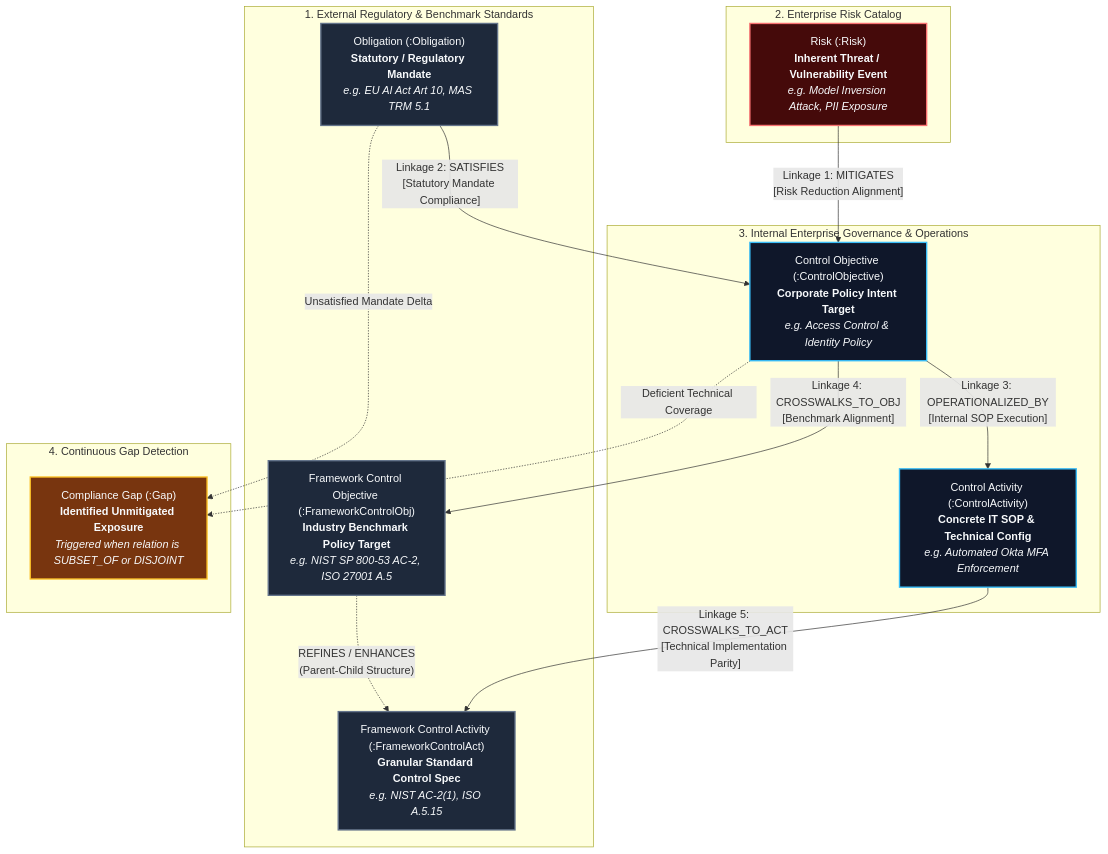
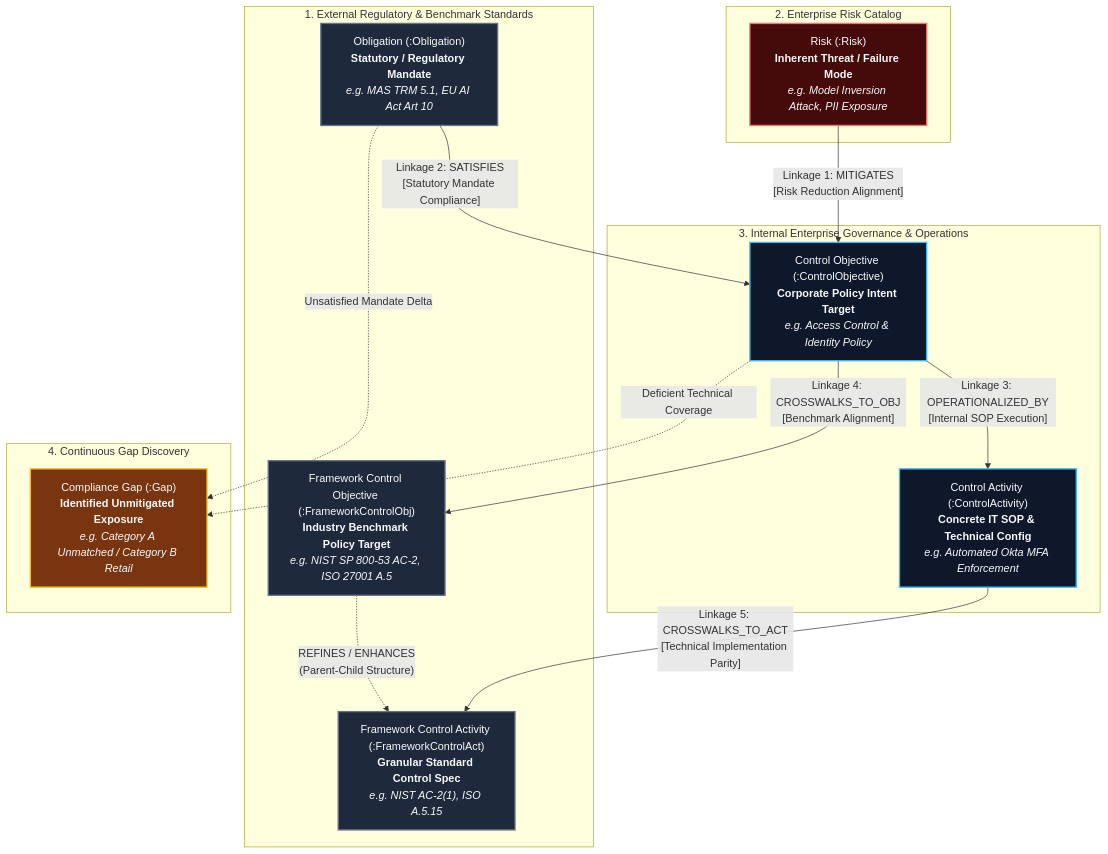
The diagram in docs/00-master/01-business-requirement-doc.md (celestialcrusader/risk-control-kg), drawn with Mermaid before and after one commit. The commit also changed other lines of this file and 241 other files, not shown here.

````diff
--- a/docs/00-master/01-business-requirement-doc.md
+++ b/docs/00-master/01-business-requirement-doc.md
@@ -39,48 +78,48 @@
 ```mermaid
 graph TD
     classDef external fill:#1e293b,stroke:#64748b,stroke-width:2px,color:#f8fafc;
     classDef client fill:#0f172a,stroke:#38bdf8,stroke-width:2px,color:#f8fafc;
     classDef risk fill:#450a0a,stroke:#f87171,stroke-width:2px,color:#f8fafc;
     classDef gap fill:#78350f,stroke:#fbbf24,stroke-width:2px,color:#f8fafc;
 
     subgraph External_Standards ["1. External Regulatory & Benchmark Standards"]
-        OBL["Obligation (:Obligation)<br/><b>Statutory / Regulatory Mandate</b><br/><i>e.g. EU AI Act Art 10, MAS TRM 5.1</i>"]:::external
+        OBL["Obligation (:Obligation)<br/><b>Statutory / Regulatory Mandate</b><br/><i>e.g. MAS TRM 5.1, EU AI Act Art 10</i>"]:::external
         FCO["Framework Control Objective (:FrameworkControlObj)<br/><b>Industry Benchmark Policy Target</b><br/><i>e.g. NIST SP 800-53 AC-2, ISO 27001 A.5</i>"]:::external
         FCA["Framework Control Activity (:FrameworkControlAct)<br/><b>Granular Standard Control Spec</b><br/><i>e.g. NIST AC-2(1), ISO A.5.15</i>"]:::external
     end
 
     subgraph Enterprise_Risk ["2. Enterprise Risk Catalog"]
-        RISK["Risk (:Risk)<br/><b>Inherent Threat / Vulnerability Event</b><br/><i>e.g. Model Inversion Attack, PII Exposure</i>"]:::risk
+        RISK["Risk (:Risk)<br/><b>Inherent Threat / Failure Mode</b><br/><i>e.g. Model Inversion Attack, PII Exposure</i>"]:::risk
     end
 
     subgraph Internal_Governance ["3. Internal Enterprise Governance & Operations"]
         CO["Control Objective (:ControlObjective)<br/><b>Corporate Policy Intent Target</b><br/><i>e.g. Access Control & Identity Policy</i>"]:::client
         CA["Control Activity (:ControlActivity)<br/><b>Concrete IT SOP & Technical Config</b><br/><i>e.g. Automated Okta MFA Enforcement</i>"]:::client
     end
 
-    subgraph Compliance_Gaps ["4. Continuous Gap Detection"]
-        GAP["Compliance Gap (:Gap)<br/><b>Identified Unmitigated Exposure</b><br/><i>Triggered when relation is SUBSET_OF or DISJOINT</i>"]:::gap
+    subgraph Compliance_Gaps ["4. Continuous Gap Discovery"]
+        GAP["Compliance Gap (:Gap)<br/><b>Identified Unmitigated Exposure</b><br/><i>e.g. Category A Unmatched / Category B Retail</i>"]:::gap
     end
 
     %% Linkage 1: Risk -> Control Objective
     RISK -->|"Linkage 1: MITIGATES<br/>[Risk Reduction Alignment]"| CO
 
     %% Linkage 2: Obligation -> Control Objective
     OBL -->|"Linkage 2: SATISFIES<br/>[Statutory Mandate Compliance]"| CO
 
     %% Linkage 3: Control Objective -> Control Activity
     CO -->|"Linkage 3: OPERATIONALIZED_BY<br/>[Internal SOP Execution]"| CA
 
     %% Linkage 4: Control Objective -> Framework Control Objective
     CO -->|"Linkage 4: CROSSWALKS_TO_OBJ<br/>[Benchmark Alignment]"| FCO
 
     %% Linkage 5: Control Activity -> Framework Control Activity
     CA -->|"Linkage 5: CROSSWALKS_TO_ACT<br/>[Technical Implementation Parity]"| FCA
 
     %% Intra-Framework Structure
     FCO -.->|"REFINES / ENHANCES<br/>(Parent-Child Structure)"| FCA
 
     %% Gap Discovery
     OBL -.->|"Unsatisfied Mandate Delta"| GAP
     CO -.->|"Deficient Technical Coverage"| GAP
 ```
````
